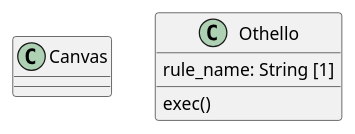
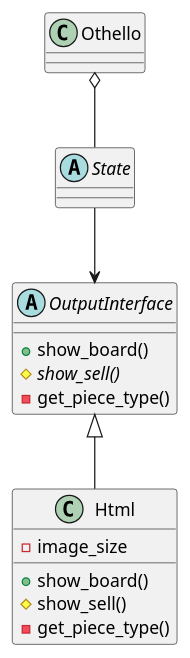
One commit to MaxMEllon/AppBox changed the diagram in uml/othello.pu. Above: the diagram before and after it, drawn with PlantUML. The commit also changed 1 other file, not shown here.

Commit message:
test: uml図かけてるかどうか確認

```diff
--- a/uml/othello.pu
+++ b/uml/othello.pu
@@ -1,7 +1,23 @@
 @startuml{othello.png}
-class Canvas
-class "Othello" as Othello {
-  rule_name: String [1]
-  exec()
+class Othello {
 }
+abstract State {
+}
+abstract OutputInterface {
+  +show_board()
+  #{abstract} show_sell()
+  -get_piece_type()
+}
+class Html {
+  -image_size
+
+  +show_board()
+  #show_sell()
+  -get_piece_type()
+}
+
+Othello o-- State
+State --> OutputInterface
+OutputInterface <|-- Html
+
 @enduml
```
